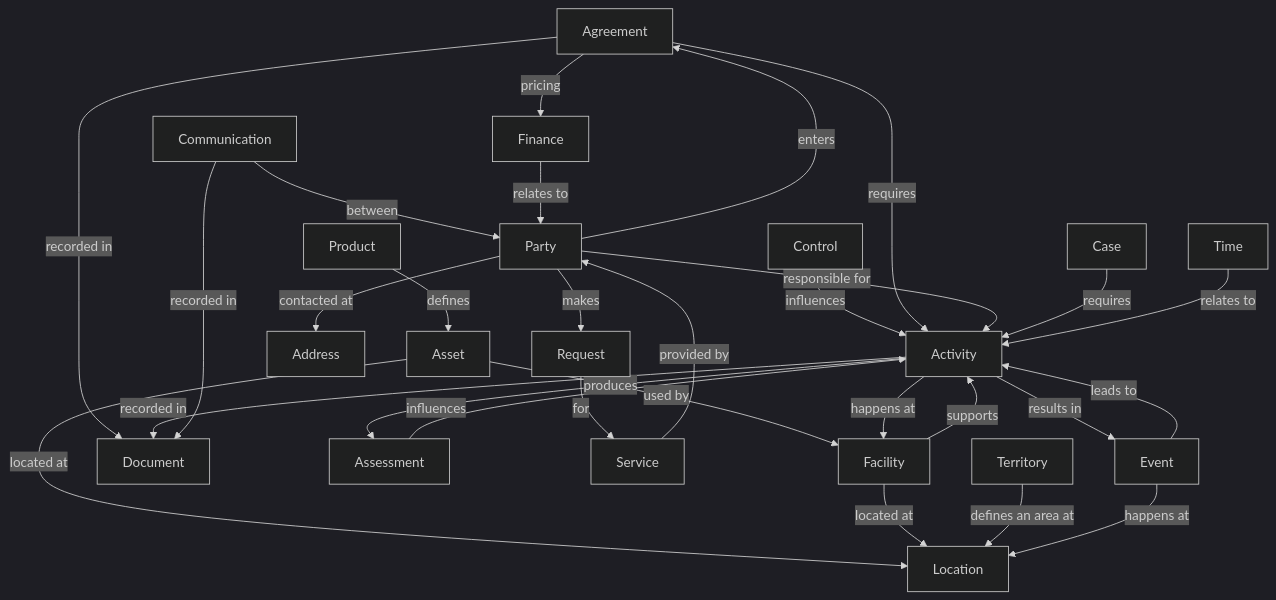
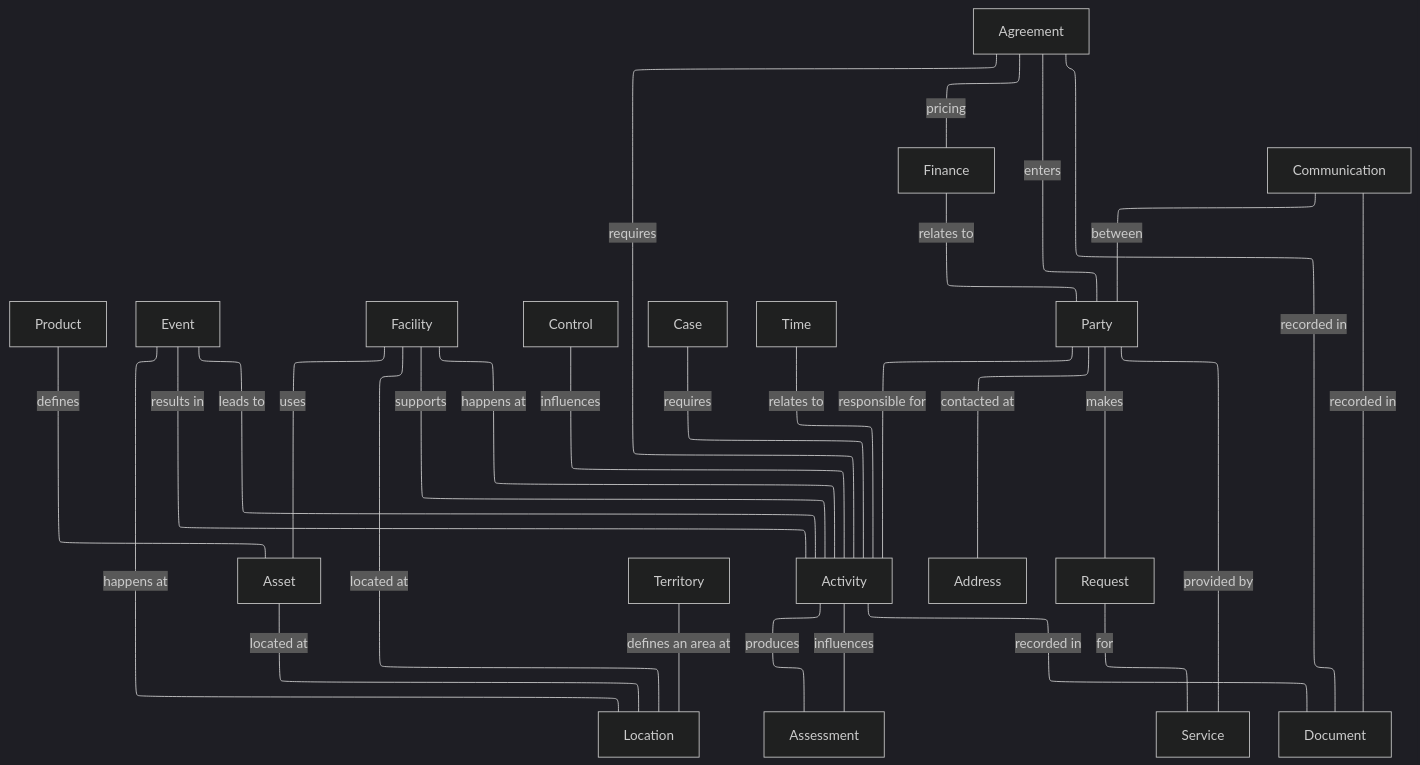
One commit to DEFRA/architecture changed the diagram in docs/data/defra-on-a-page.md. Above: the diagram before and after it, drawn with Mermaid (dark theme). The commit also changed other lines of this file and 2 other files, not shown here.

Commit message:
Update Defra on a Page

````diff
--- a/docs/data/defra-on-a-page.md
+++ b/docs/data/defra-on-a-page.md
@@ -17,54 +27,87 @@
 ```mermaid
+---
+config:
+  layout: elk
+  elk:
+    forceNodeModelOrder: true
+    considerModelOrder: NODES_AND_EDGES
+---
 flowchart TB
-  accTitle: Defra on a page enterprise conceptual data model
-  accDescr: High-level view of Defra's enterprise conceptual data entities and examples of how they relate.
 
-  Control[Control]
-  Agreement[Agreement]
-  Asset[Asset]
-  Facility[Facility]
-  Location[Location]
-  Party[Party]
-  Finance[Finance]
-  Document[Document]
-  Time[Time]
-  Activity[Activity]
-  Assessment[Assessment]
-  Communication[Communication]
-  Case[Case]
-  Address[Address]
-  Request[Request]
-  Service[Service]
-  Territory[Territory]
-  Event[Event]
-  Product[Product]
+    %% Entity declarations: retain this order when editing.
 
-  Control -->|influences| Activity
-  Agreement -->|requires| Activity
-  Agreement -->|pricing| Finance
-  Agreement -->|recorded in| Document
-  Asset -->|located at| Location
-  Asset -->|used by| Facility
-  Facility -->|located at| Location
-  Facility -->|supports| Activity
-  Party -->|responsible for| Activity
-  Party -->|contacted at| Address
-  Party -->|enters| Agreement
-  Party -->|makes| Request
-  Activity -->|happens at| Facility
-  Activity -->|results in| Event
-  Activity -->|produces| Assessment
-  Activity -->|recorded in| Document
-  Assessment -->|influences| Activity
-  Communication -->|between| Party
-  Communication -->|recorded in| Document
-  Case -->|requires| Activity
-  Request -->|for| Service
-  Service -->|provided by| Party
-  Territory -->|defines an area at| Location
-  Event -->|happens at| Location
-  Event -->|leads to| Activity
-  Product -->|defines| Asset
-  Finance -->|relates to| Party
-  Time -->|relates to| Activity
+    Agreement["Agreement"]
+
+    Finance["Finance"]
+    Communication["Communication"]
+
+    Product["Product"]
+    Event["Event"]
+    Facility["Facility"]
+    Control["Control"]
+    Case["Case"]
+    Time["Time"]
+    Party["Party"]
+
+    Territory["Territory"]
+    Asset["Asset"]
+    Activity["Activity"]
+    Address["Address"]
+    Request["Request"]
+
+    Location["Location"]
+    Assessment["Assessment"]
+    Service["Service"]
+    Document["Document"]
+
+    %% Agreements and communication
+
+    Agreement ---|pricing| Finance
+    Agreement ---|requires| Activity
+    Agreement ---|enters| Party
+    Agreement ---|recorded in| Document
+
+    Finance ---|relates to| Party
+
+    Communication ---|between| Party
+    Communication ---|recorded in| Document
+
+    %% Products, events and facilities
+
+    Product ---|defines| Asset
+
+    Event ---|results in| Activity
+    Event ---|leads to| Activity
+    Event ---|happens at| Location
+
+    Facility ---|uses| Asset
+    Facility ---|supports| Activity
+    Facility ---|happens at| Activity
+    Facility ---|located at| Location
+
+    %% Activity context
+
+    Control ---|influences| Activity
+    Case ---|requires| Activity
+    Time ---|relates to| Activity
+
+    %% Parties
+
+    Party ---|responsible for| Activity
+    Party ---|contacted at| Address
+    Party ---|makes| Request
+    Party ---|provided by| Service
+
+    %% Geography and assets
+
+    Territory ---|defines an area at| Location
+    Asset ---|located at| Location
+
+    %% Activity outputs and requests
+
+    Activity ---|influences| Assessment
+    Activity ---|produces| Assessment
+    Activity ---|recorded in| Document
+
+    Request ---|for| Service
 ```
````
